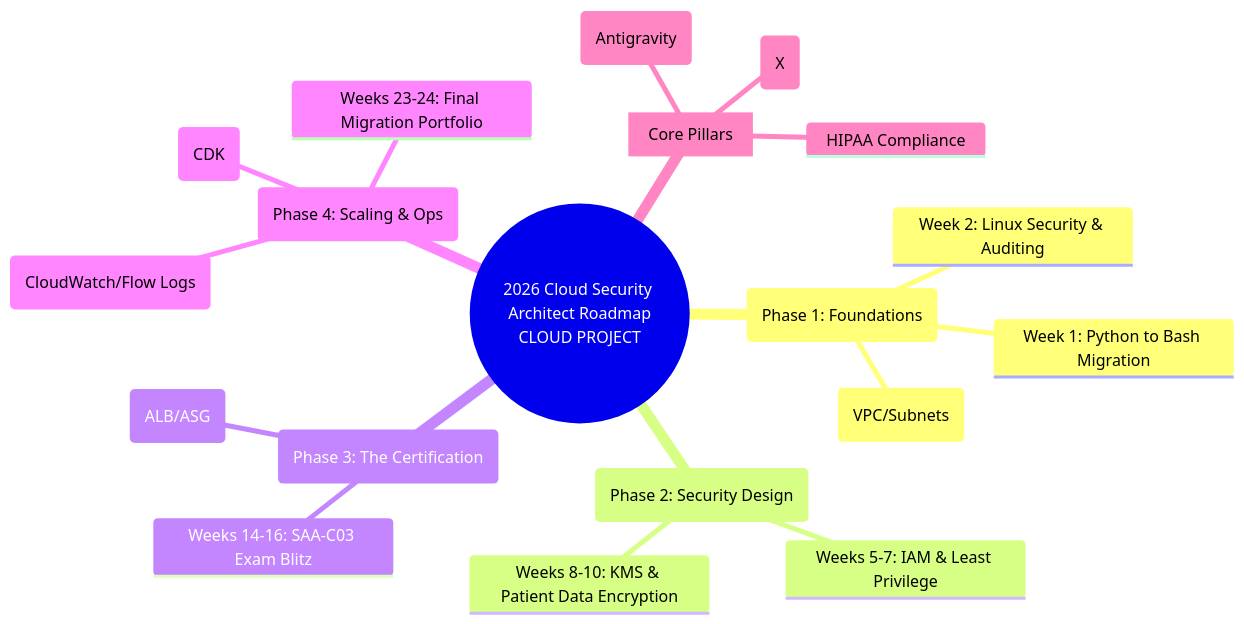
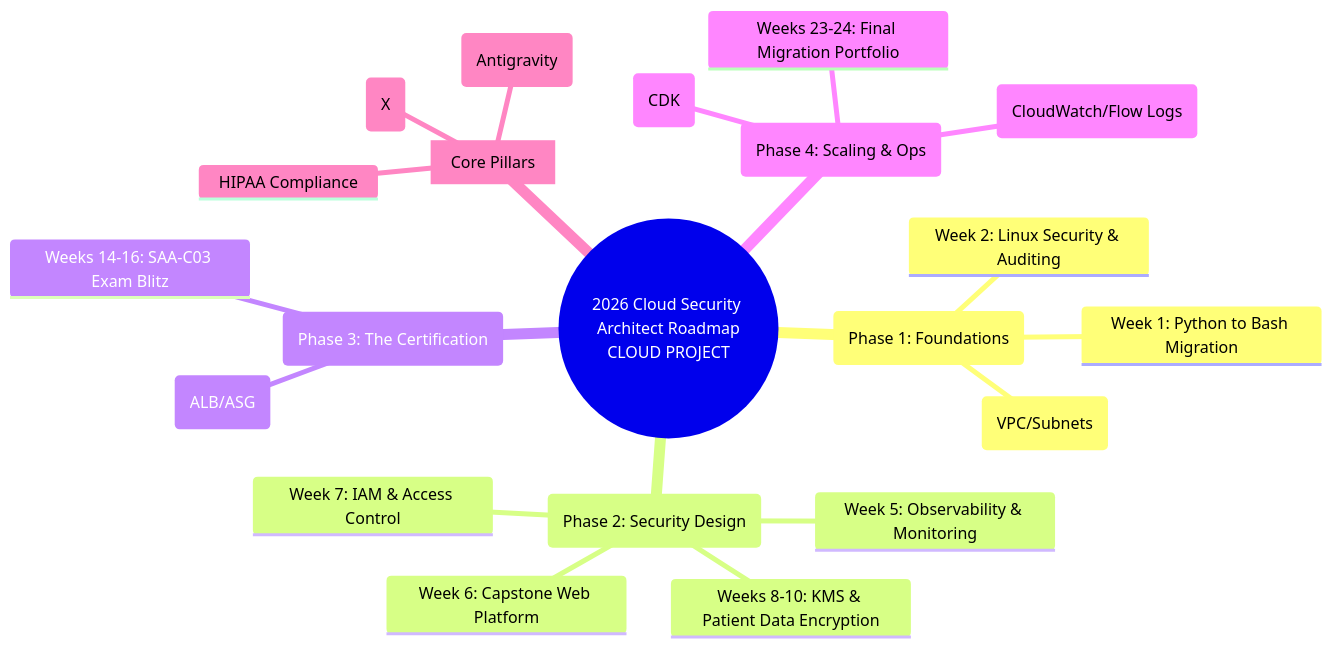
The diagram in MINDMAP.md (2SMOGss/2026-Cloud-Security-Architect-Roadmap), drawn with Mermaid before and after one commit. The commit also changed 87 other files, not shown here.

Commit message:
Week 06 Capstone: VitalStream Medical Portal Deployment & Professional Branding complete. Includes high-fidelity study guides, automated deployment scripts, and administrative auditing bridge.

````diff
--- a/MINDMAP.md
+++ b/MINDMAP.md
@@ -1,27 +1,29 @@
 ```mermaid
 mindmap
   root((2026 Cloud Security Architect Roadmap<br/>CLOUD PROJECT))
     (Phase 1: Foundations)
       ::icon(fa fa-terminal)
       Week 1: Python to Bash Migration
       Week 2: Linux Security & Auditing
       Weeks 3-4: Networking Core (VPC/Subnets)
     (Phase 2: Security Design)
       ::icon(fa fa-shield-halved)
-      Weeks 5-7: IAM & Least Privilege
+      Week 5: Observability & Monitoring
+      Week 6: Capstone Web Platform
+      Week 7: IAM & Access Control
       Weeks 8-10: KMS & Patient Data Encryption
     (Phase 3: The Certification)
       ::icon(fa fa-certificate)
       Weeks 11-13: High Availability (ALB/ASG)
       Weeks 14-16: SAA-C03 Exam Blitz
     (Phase 4: Scaling & Ops)
       ::icon(fa fa-code)
       Weeks 17-20: Infrastructure as Code (CDK)
       Weeks 21-22: Monitoring (CloudWatch/Flow Logs)
       Weeks 23-24: Final Migration Portfolio
     [Core Pillars]
       ::icon(fa fa-book)
       HIPAA Compliance
       Build in Public (X)
       AI Agent Supervision (Antigravity)
 ```
````
